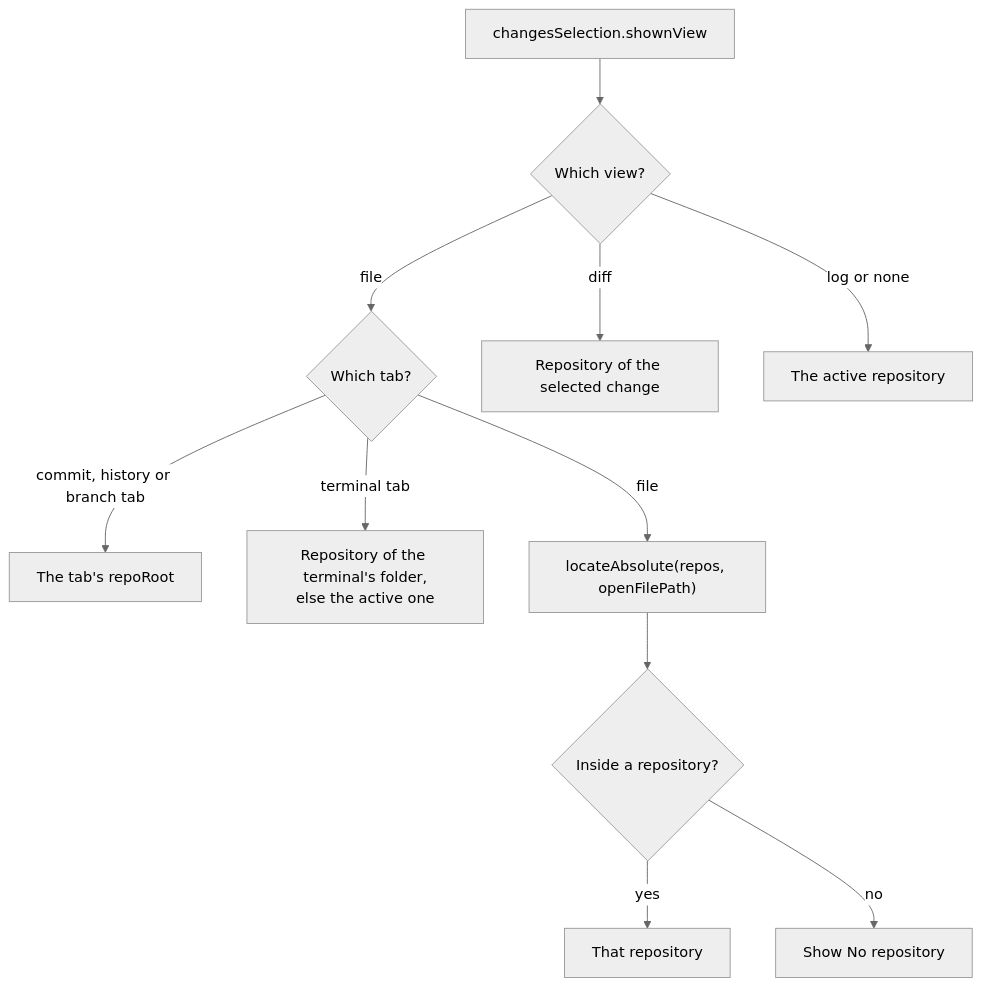
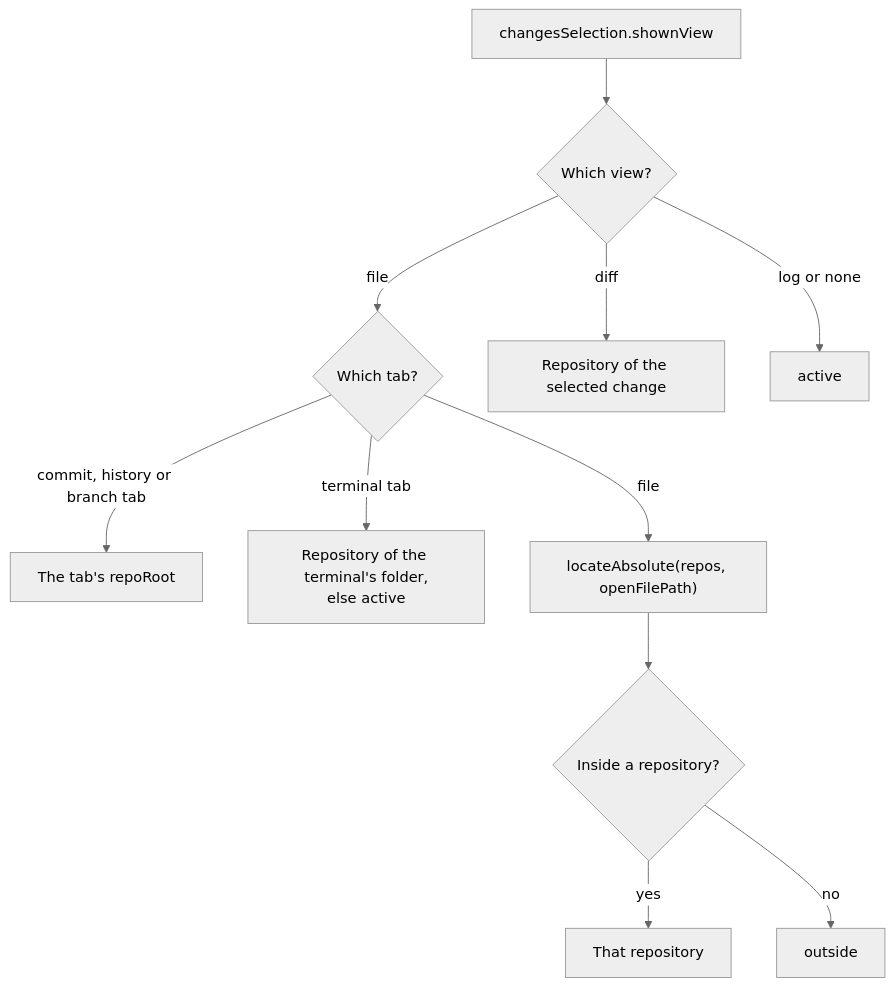
Before and after one commit to shibbirweb/git-manager: the second of 3 diagrams in docs/wiki/developer/How-the-Status-Bar-Works.md, drawn with Mermaid (neutral theme). The commit also changed other lines of this file and 17 other files, not shown here.

````diff
--- a/docs/wiki/developer/How-the-Status-Bar-Works.md
+++ b/docs/wiki/developer/How-the-Status-Bar-Works.md
@@ -42,13 +42,13 @@
 ```mermaid
 flowchart TD
     A["changesSelection.shownView"] --> B{"Which view?"}
     B -->|"file"| T{"Which tab?"}
     T -->|"commit, history or branch tab"| R2["The tab's repoRoot"]
-    T -->|"terminal tab"| R3["Repository of the terminal's folder,<br/>else the active one"]
+    T -->|"terminal tab"| R3["Repository of the terminal's folder,<br/>else active"]
     T -->|"file"| C["locateAbsolute(repos, openFilePath)"]
     C --> C2{"Inside a repository?"}
     C2 -->|"yes"| R1["That repository"]
-    C2 -->|"no"| R0["Show No repository"]
+    C2 -->|"no"| R0["outside"]
     B -->|"diff"| D["Repository of the selected change"]
-    B -->|"log or none"| E["The active repository"]
+    B -->|"log or none"| E["active"]
 ```
````
